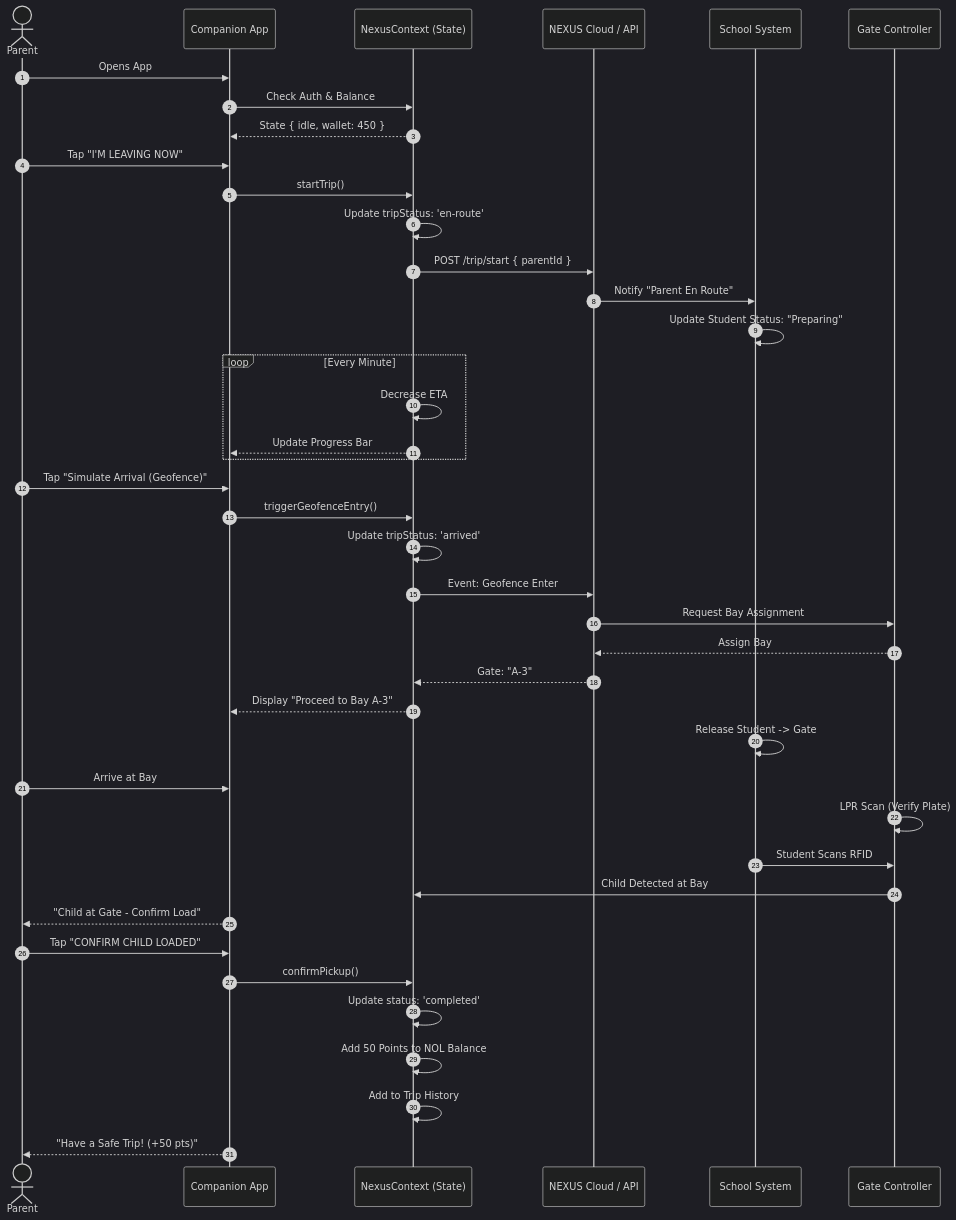
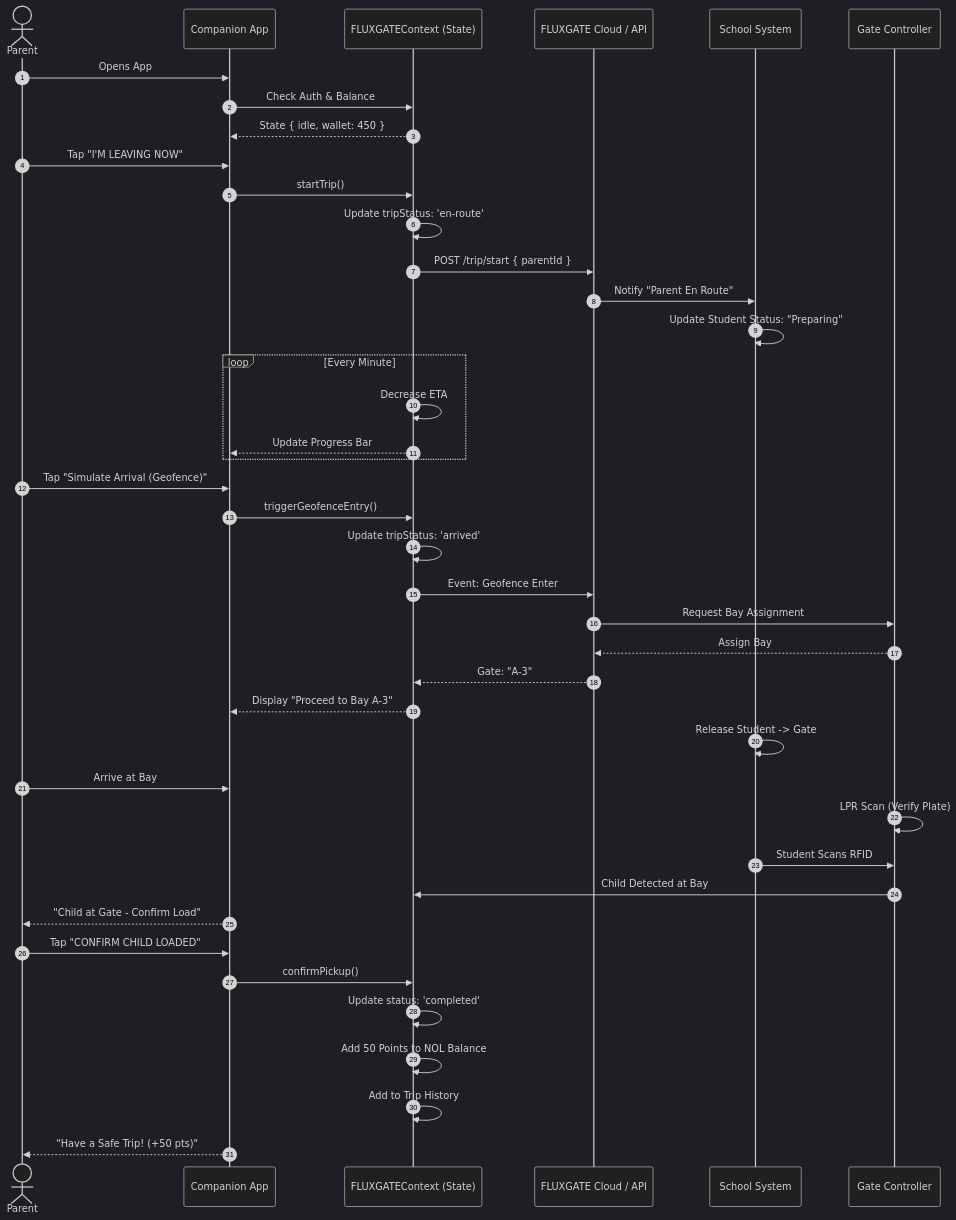
One commit to HyperionBurn/nexus-command-center changed the second of 5 diagrams in NEXUS_SYSTEM_ARCHITECTURE.md. Above: the diagram before and after it, drawn with Mermaid (dark theme). The commit also changed other lines of this file and 56 other files, not shown here.

Commit message:
Rebrand: NEXUS -> FLUXGATE across entire codebase

````diff
--- a/NEXUS_SYSTEM_ARCHITECTURE.md
+++ b/NEXUS_SYSTEM_ARCHITECTURE.md
@@ -105,59 +105,59 @@
 ```mermaid
 sequenceDiagram
     autonumber
     actor Parent
     participant App as Companion App
-    participant Context as NexusContext (State)
-    participant Cloud as NEXUS Cloud / API
+    participant Context as FLUXGATEContext (State)
+    participant Cloud as FLUXGATE Cloud / API
     participant School as School System
     participant Gate as Gate Controller
 
     %% Phase 1: Initiation
     Parent->>App: Opens App
     App->>Context: Check Auth & Balance
     Context-->>App: State { idle, wallet: 450 }
     
     Parent->>App: Tap "I'M LEAVING NOW"
     App->>Context: startTrip()
     Context->>Context: Update tripStatus: 'en-route'
     Context->>Cloud: POST /trip/start { parentId }
     
     %% Phase 2: En Route
     Cloud->>School: Notify "Parent En Route"
     School->>School: Update Student Status: "Preparing"
     
     loop Every Minute
         Context->>Context: Decrease ETA
         Context-->>App: Update Progress Bar
     end
 
     %% Phase 3: Arrival Simulation
     Parent->>App: Tap "Simulate Arrival (Geofence)"
     App->>Context: triggerGeofenceEntry()
     Context->>Context: Update tripStatus: 'arrived'
     Context->>Cloud: Event: Geofence Enter
     
     Cloud->>Gate: Request Bay Assignment
     Gate-->>Cloud: Assign Bay #3 (Zone A)
     Cloud-->>Context: Gate: "A-3"
     
     Context-->>App: Display "Proceed to Bay A-3"
     School->>School: Release Student -> Gate
 
     %% Phase 4: Pickup
     Parent->>App: Arrive at Bay
     Gate->>Gate: LPR Scan (Verify Plate)
     School->>Gate: Student Scans RFID
     
     Gate->>Context: Child Detected at Bay
     App-->>Parent: "Child at Gate - Confirm Load"
     
     Parent->>App: Tap "CONFIRM CHILD LOADED"
     App->>Context: confirmPickup()
     Context->>Context: Update status: 'completed'
     Context->>Context: Add 50 Points to NOL Balance
     Context->>Context: Add to Trip History
 
     %% Phase 5: Feedback
     App-->>Parent: "Have a Safe Trip! (+50 pts)"
 ```
````
